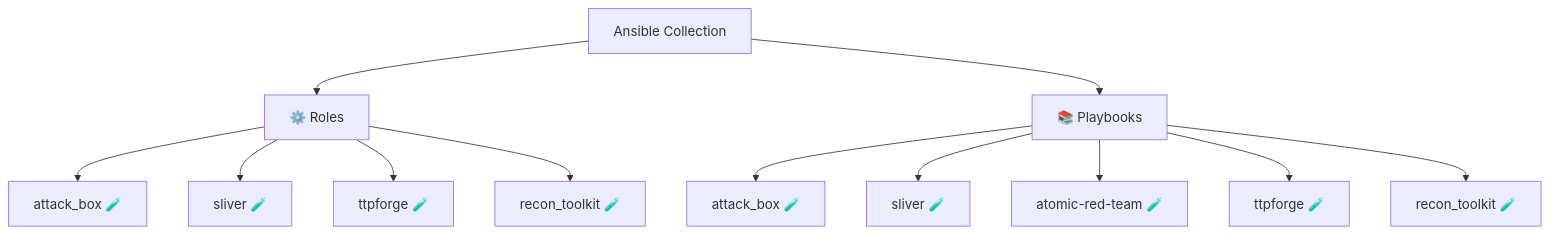
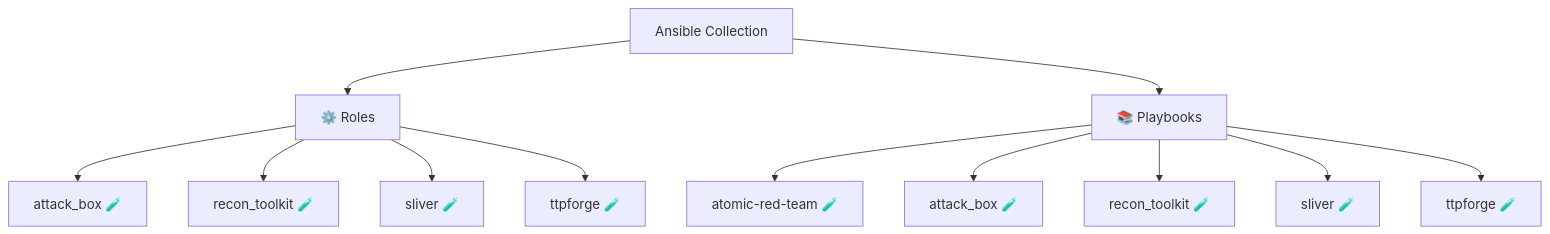
The diagram in README.md (l50/ansible-collection-arsenal), drawn with Mermaid before and after one commit.

Commit message:
docs: reorder role and playbook diagrams (#689)
**Key Changes:**

- Reordered the collection architecture diagram entries for roles and
playbooks
- Aligned role listing order to place recon_toolkit before sliver and
ttpforge
- Aligned playbook listing order to start with atomic-red-team and group
remaining entries consistently

**Changed:**

- Collection architecture documentation - Updated the README diagram
ordering for role and playbook nodes to present the available components
in a more consistent sequence

````diff
--- a/README.md
+++ b/README.md
@@ -13,15 +13,15 @@
 ```mermaid
 graph TD
     Collection[Ansible Collection]
     Collection --> Roles[⚙️ Roles]
     Roles --> R0[attack_box 🧪]
-    Roles --> R1[sliver 🧪]
-    Roles --> R2[ttpforge 🧪]
-    Roles --> R3[recon_toolkit 🧪]
+    Roles --> R1[recon_toolkit 🧪]
+    Roles --> R2[sliver 🧪]
+    Roles --> R3[ttpforge 🧪]
     Collection --> Playbooks[📚 Playbooks]
-    Playbooks --> PB0[attack_box 🧪]
-    Playbooks --> PB1[sliver 🧪]
-    Playbooks --> PB2[atomic-red-team 🧪]
-    Playbooks --> PB3[ttpforge 🧪]
-    Playbooks --> PB4[recon_toolkit 🧪]
+    Playbooks --> PB0[atomic-red-team 🧪]
+    Playbooks --> PB1[attack_box 🧪]
+    Playbooks --> PB2[recon_toolkit 🧪]
+    Playbooks --> PB3[sliver 🧪]
+    Playbooks --> PB4[ttpforge 🧪]
 ```
````
